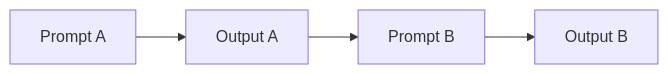
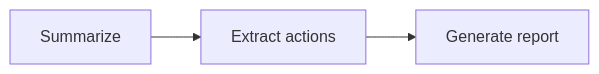
Before and after one commit to franciscogarcia-sys/guia-estudio-claude-ccar-f-bitlogic: the sixth of 12 diagrams in 02-agentic-architecture-foundations/README.md, drawn with Mermaid. The commit also changed other lines of this file, not shown here.

````diff
--- a/02-agentic-architecture-foundations/README.md
+++ b/02-agentic-architecture-foundations/README.md
@@ -515,6 +559,5 @@
 ```mermaid
 flowchart LR
-    A[Prompt A] --> B[Output A]
-    B --> C[Prompt B]
-    C --> D[Output B]
+    A[Summarize] --> B[Extract actions]
+    B --> C[Generate report]
 ```
````
